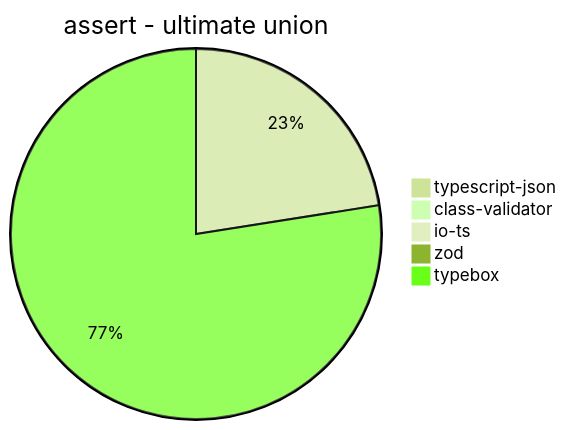
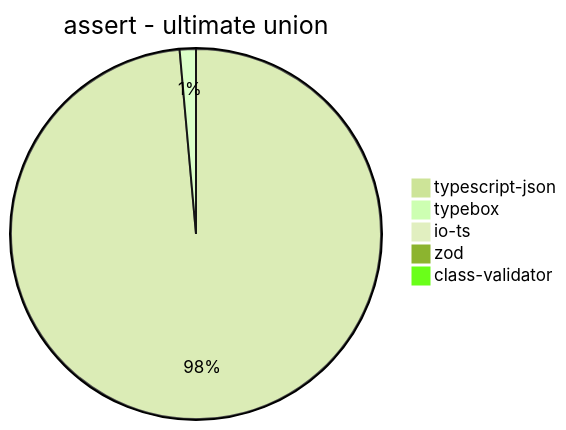
One commit to samchon/typia changed diagram 16 of 39 in benchmark/results/AMD Ryzen 7 3700X 8-Core Processor.md. Above: the diagram before and after it, drawn with Mermaid (forest theme). The commit also changed other lines of this file and 10 other files, not shown here.

````diff
--- a/benchmark/results/AMD Ryzen 7 3700X 8-Core Processor.md
+++ b/benchmark/results/AMD Ryzen 7 3700X 8-Core Processor.md
@@ -196,8 +204,8 @@
 ```mermaid
 pie title assert - ultimate union
-  "typescript-json": 216.1968037349614
+  "typescript-json": 191.7340521114106
+  "typebox": 2.7522935779816513
+  "io-ts": 0
+  "zod": 0.18001800180018002
   "class-validator": 0
-  "io-ts": 0
-  "zod": 0
-  "typebox": 743.9956331877729
 ```
````
